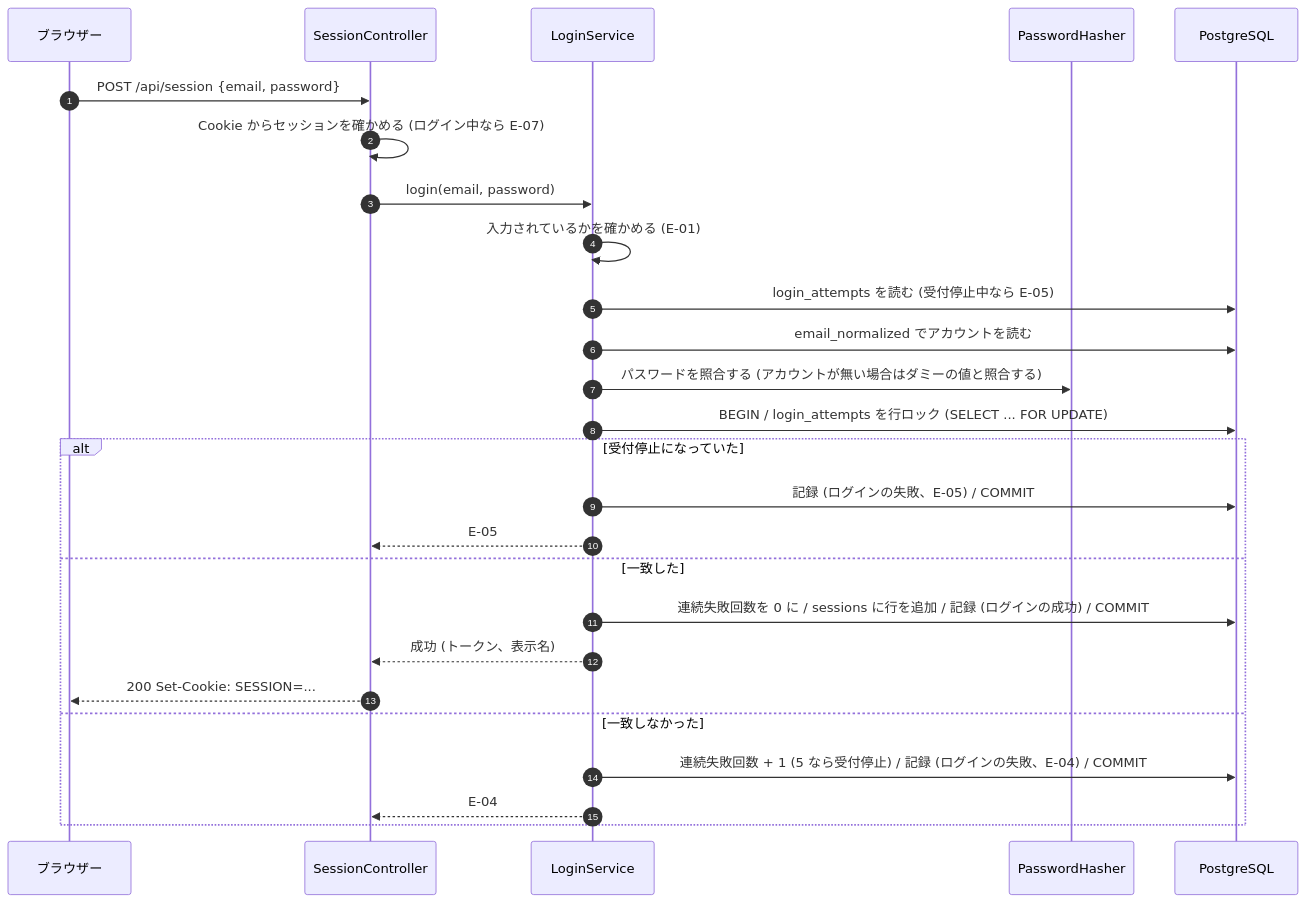
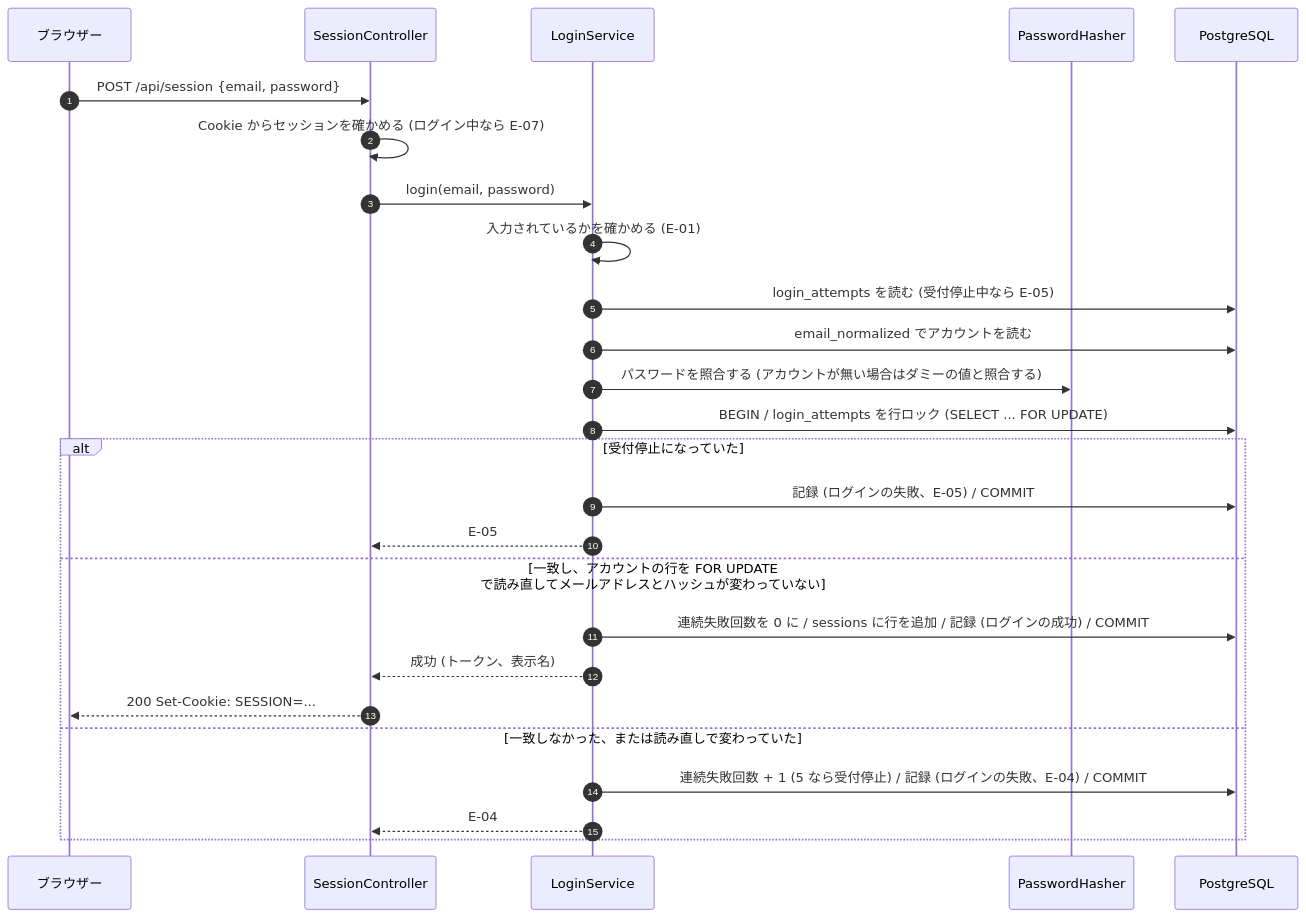
The second of 3 diagrams in docs/features/1-user-auth/architecture.md (kyro-studios/web-application-template-sandbox), drawn with Mermaid before and after one commit. The commit also changed other lines of this file, not shown here.

````diff
--- a/docs/features/1-user-auth/architecture.md
+++ b/docs/features/1-user-auth/architecture.md
@@ -70,29 +70,29 @@
 ```mermaid
 sequenceDiagram
     autonumber
     participant B as ブラウザー
     participant C as SessionController
     participant L as LoginService
     participant H as PasswordHasher
     participant DB as PostgreSQL
 
     B->>C: POST /api/session {email, password}
     C->>C: Cookie からセッションを確かめる (ログイン中なら E-07)
     C->>L: login(email, password)
     L->>L: 入力されているかを確かめる (E-01)
     L->>DB: login_attempts を読む (受付停止中なら E-05)
     L->>DB: email_normalized でアカウントを読む
     L->>H: パスワードを照合する (アカウントが無い場合はダミーの値と照合する)
     L->>DB: BEGIN / login_attempts を行ロック (SELECT ... FOR UPDATE)
     alt 受付停止になっていた
         L->>DB: 記録 (ログインの失敗、E-05) / COMMIT
         L-->>C: E-05
-    else 一致した
+    else 一致し、アカウントの行を FOR UPDATE で読み直してメールアドレスとハッシュが変わっていない
         L->>DB: 連続失敗回数を 0 に / sessions に行を追加 / 記録 (ログインの成功) / COMMIT
         L-->>C: 成功 (トークン、表示名)
         C-->>B: 200 Set-Cookie: SESSION=...
-    else 一致しなかった
+    else 一致しなかった、または読み直しで変わっていた
         L->>DB: 連続失敗回数 + 1 (5 なら受付停止) / 記録 (ログインの失敗、E-04) / COMMIT
         L-->>C: E-04
     end
 ```
````
